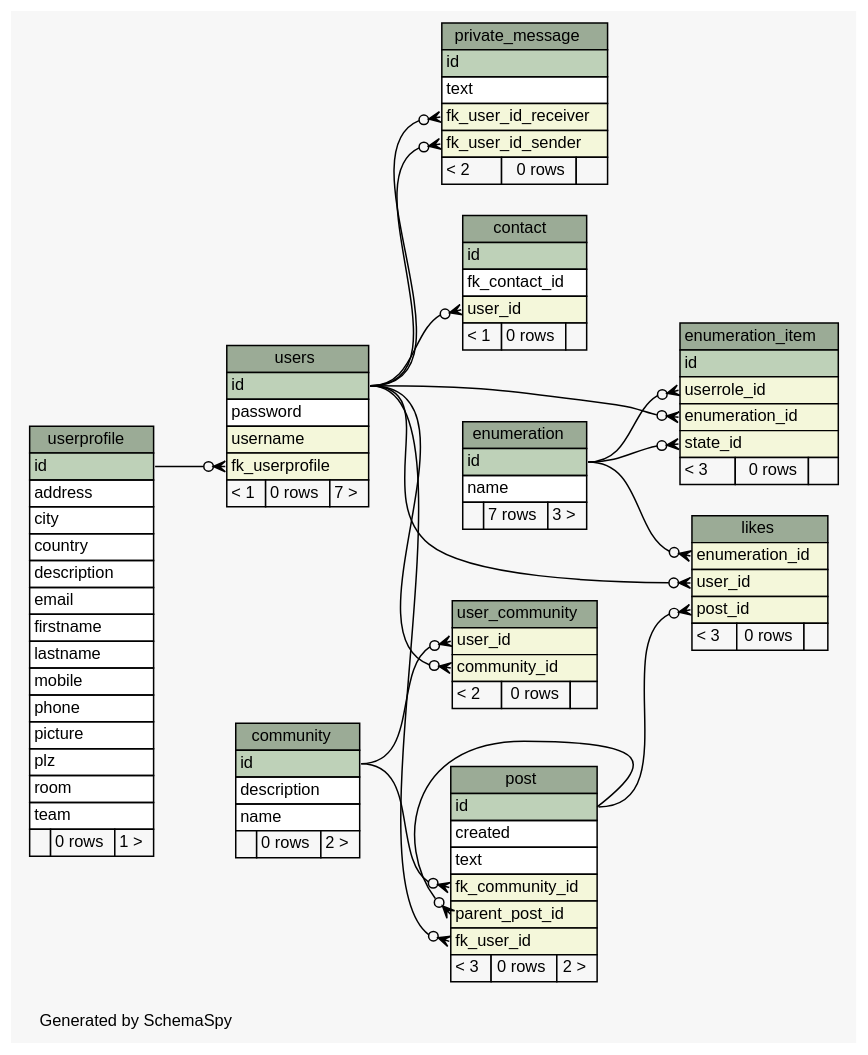
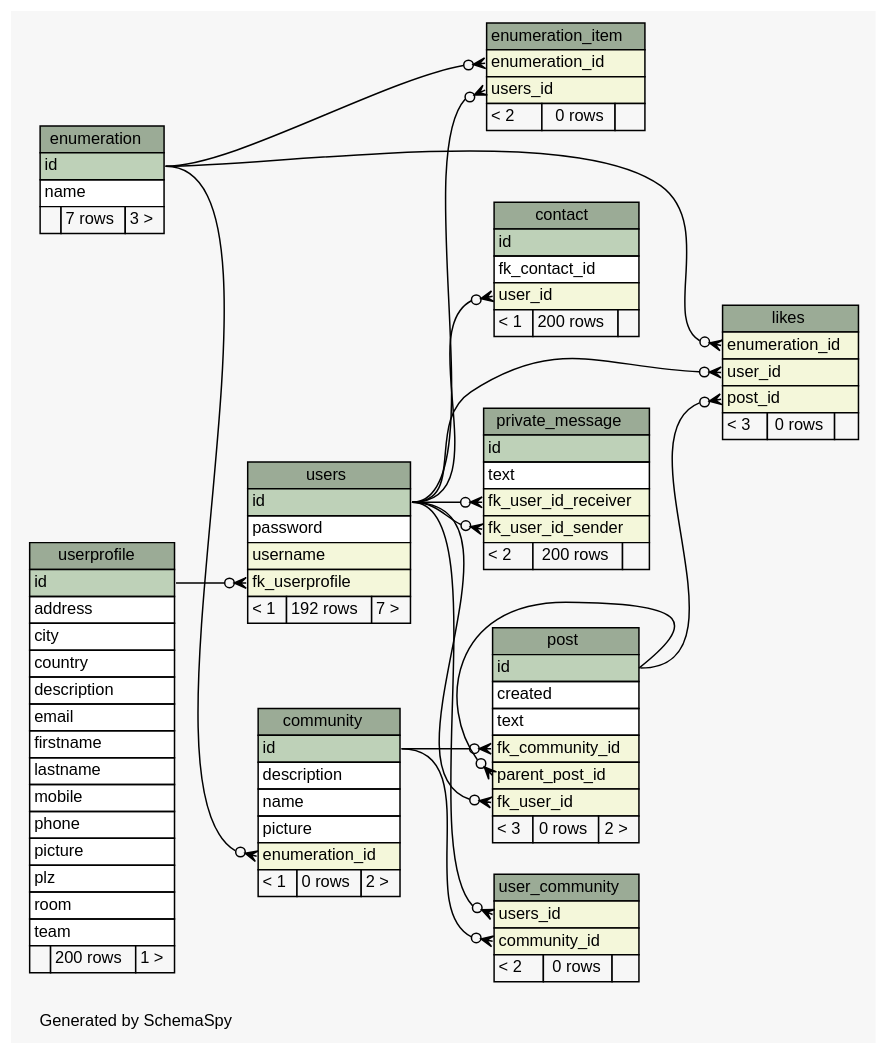
Before and after one commit to chr-krenn/chr-krenn-fhj-ws2017-sd17-pse: the diagram in doc/db_schema/diagrams/summary/relationships.real.large.dot, drawn with Graphviz. The commit also changed 72 other files, not shown here.

```diff
--- a/doc/db_schema/diagrams/summary/relationships.real.large.dot
+++ b/doc/db_schema/diagrams/summary/relationships.real.large.dot
@@ -1,172 +1,172 @@
 // dot 2.40.1 on Linux 4.12.5-300.fc26.x86_64
 // SchemaSpy rev 590
 digraph "largeRelationshipsDiagram" {
   graph [
     rankdir="RL"
     bgcolor="#f7f7f7"
     label="\nGenerated by SchemaSpy"
     labeljust="l"
     nodesep="0.18"
     ranksep="0.46"
     fontname="Helvetica"
     fontsize="11"
   ];
   node [
     fontname="Helvetica"
     fontsize="11"
     shape="plaintext"
   ];
   edge [
     arrowsize="0.8"
   ];
   "community" [
     label=<
     <TABLE BORDER="0" CELLBORDER="1" CELLSPACING="0" BGCOLOR="#ffffff">
       <TR><TD COLSPAN="3" BGCOLOR="#9bab96" ALIGN="CENTER">community</TD></TR>
       <TR><TD PORT="id" COLSPAN="3" BGCOLOR="#bed1b8" ALIGN="LEFT">id</TD></TR>
       <TR><TD PORT="description" COLSPAN="3" ALIGN="LEFT">description</TD></TR>
       <TR><TD PORT="name" COLSPAN="3" ALIGN="LEFT">name</TD></TR>
-      <TR><TD ALIGN="LEFT" BGCOLOR="#f7f7f7">  </TD><TD ALIGN="RIGHT" BGCOLOR="#f7f7f7">0 rows</TD><TD ALIGN="RIGHT" BGCOLOR="#f7f7f7">2 &gt;</TD></TR>
+      <TR><TD PORT="picture" COLSPAN="3" ALIGN="LEFT">picture</TD></TR>
+      <TR><TD PORT="enumeration_id" COLSPAN="3" BGCOLOR="#f4f7da" ALIGN="LEFT">enumeration_id</TD></TR>
+      <TR><TD ALIGN="LEFT" BGCOLOR="#f7f7f7">&lt; 1</TD><TD ALIGN="RIGHT" BGCOLOR="#f7f7f7">0 rows</TD><TD ALIGN="RIGHT" BGCOLOR="#f7f7f7">2 &gt;</TD></TR>
     </TABLE>>
     URL="tables/community.html"
     tooltip="community"
   ];
   "contact" [
     label=<
     <TABLE BORDER="0" CELLBORDER="1" CELLSPACING="0" BGCOLOR="#ffffff">
       <TR><TD COLSPAN="3" BGCOLOR="#9bab96" ALIGN="CENTER">contact</TD></TR>
       <TR><TD PORT="id" COLSPAN="3" BGCOLOR="#bed1b8" ALIGN="LEFT">id</TD></TR>
       <TR><TD PORT="fk_contact_id" COLSPAN="3" ALIGN="LEFT">fk_contact_id</TD></TR>
       <TR><TD PORT="user_id" COLSPAN="3" BGCOLOR="#f4f7da" ALIGN="LEFT">user_id</TD></TR>
-      <TR><TD ALIGN="LEFT" BGCOLOR="#f7f7f7">&lt; 1</TD><TD ALIGN="RIGHT" BGCOLOR="#f7f7f7">0 rows</TD><TD ALIGN="RIGHT" BGCOLOR="#f7f7f7">  </TD></TR>
+      <TR><TD ALIGN="LEFT" BGCOLOR="#f7f7f7">&lt; 1</TD><TD ALIGN="RIGHT" BGCOLOR="#f7f7f7">200 rows</TD><TD ALIGN="RIGHT" BGCOLOR="#f7f7f7">  </TD></TR>
     </TABLE>>
     URL="tables/contact.html"
     tooltip="contact"
   ];
   "enumeration" [
     label=<
     <TABLE BORDER="0" CELLBORDER="1" CELLSPACING="0" BGCOLOR="#ffffff">
       <TR><TD COLSPAN="3" BGCOLOR="#9bab96" ALIGN="CENTER">enumeration</TD></TR>
       <TR><TD PORT="id" COLSPAN="3" BGCOLOR="#bed1b8" ALIGN="LEFT">id</TD></TR>
       <TR><TD PORT="name" COLSPAN="3" ALIGN="LEFT">name</TD></TR>
       <TR><TD ALIGN="LEFT" BGCOLOR="#f7f7f7">  </TD><TD ALIGN="RIGHT" BGCOLOR="#f7f7f7">7 rows</TD><TD ALIGN="RIGHT" BGCOLOR="#f7f7f7">3 &gt;</TD></TR>
     </TABLE>>
     URL="tables/enumeration.html"
     tooltip="enumeration"
   ];
   "enumeration_item" [
     label=<
     <TABLE BORDER="0" CELLBORDER="1" CELLSPACING="0" BGCOLOR="#ffffff">
       <TR><TD COLSPAN="3" BGCOLOR="#9bab96" ALIGN="CENTER">enumeration_item</TD></TR>
-      <TR><TD PORT="id" COLSPAN="3" BGCOLOR="#bed1b8" ALIGN="LEFT">id</TD></TR>
-      <TR><TD PORT="userrole_id" COLSPAN="3" BGCOLOR="#f4f7da" ALIGN="LEFT">userrole_id</TD></TR>
       <TR><TD PORT="enumeration_id" COLSPAN="3" BGCOLOR="#f4f7da" ALIGN="LEFT">enumeration_id</TD></TR>
-      <TR><TD PORT="state_id" COLSPAN="3" BGCOLOR="#f4f7da" ALIGN="LEFT">state_id</TD></TR>
-      <TR><TD ALIGN="LEFT" BGCOLOR="#f7f7f7">&lt; 3</TD><TD ALIGN="RIGHT" BGCOLOR="#f7f7f7">0 rows</TD><TD ALIGN="RIGHT" BGCOLOR="#f7f7f7">  </TD></TR>
+      <TR><TD PORT="users_id" COLSPAN="3" BGCOLOR="#f4f7da" ALIGN="LEFT">users_id</TD></TR>
+      <TR><TD ALIGN="LEFT" BGCOLOR="#f7f7f7">&lt; 2</TD><TD ALIGN="RIGHT" BGCOLOR="#f7f7f7">0 rows</TD><TD ALIGN="RIGHT" BGCOLOR="#f7f7f7">  </TD></TR>
     </TABLE>>
     URL="tables/enumeration_item.html"
     tooltip="enumeration_item"
   ];
   "likes" [
     label=<
     <TABLE BORDER="0" CELLBORDER="1" CELLSPACING="0" BGCOLOR="#ffffff">
       <TR><TD COLSPAN="3" BGCOLOR="#9bab96" ALIGN="CENTER">likes</TD></TR>
       <TR><TD PORT="enumeration_id" COLSPAN="3" BGCOLOR="#f4f7da" ALIGN="LEFT">enumeration_id</TD></TR>
       <TR><TD PORT="user_id" COLSPAN="3" BGCOLOR="#f4f7da" ALIGN="LEFT">user_id</TD></TR>
       <TR><TD PORT="post_id" COLSPAN="3" BGCOLOR="#f4f7da" ALIGN="LEFT">post_id</TD></TR>
       <TR><TD ALIGN="LEFT" BGCOLOR="#f7f7f7">&lt; 3</TD><TD ALIGN="RIGHT" BGCOLOR="#f7f7f7">0 rows</TD><TD ALIGN="RIGHT" BGCOLOR="#f7f7f7">  </TD></TR>
     </TABLE>>
     URL="tables/likes.html"
     tooltip="likes"
   ];
   "post" [
     label=<
     <TABLE BORDER="0" CELLBORDER="1" CELLSPACING="0" BGCOLOR="#ffffff">
       <TR><TD COLSPAN="3" BGCOLOR="#9bab96" ALIGN="CENTER">post</TD></TR>
       <TR><TD PORT="id" COLSPAN="3" BGCOLOR="#bed1b8" ALIGN="LEFT">id</TD></TR>
       <TR><TD PORT="created" COLSPAN="3" ALIGN="LEFT">created</TD></TR>
       <TR><TD PORT="text" COLSPAN="3" ALIGN="LEFT">text</TD></TR>
       <TR><TD PORT="fk_community_id" COLSPAN="3" BGCOLOR="#f4f7da" ALIGN="LEFT">fk_community_id</TD></TR>
       <TR><TD PORT="parent_post_id" COLSPAN="3" BGCOLOR="#f4f7da" ALIGN="LEFT">parent_post_id</TD></TR>
       <TR><TD PORT="fk_user_id" COLSPAN="3" BGCOLOR="#f4f7da" ALIGN="LEFT">fk_user_id</TD></TR>
       <TR><TD ALIGN="LEFT" BGCOLOR="#f7f7f7">&lt; 3</TD><TD ALIGN="RIGHT" BGCOLOR="#f7f7f7">0 rows</TD><TD ALIGN="RIGHT" BGCOLOR="#f7f7f7">2 &gt;</TD></TR>
     </TABLE>>
     URL="tables/post.html"
     tooltip="post"
   ];
   "private_message" [
     label=<
     <TABLE BORDER="0" CELLBORDER="1" CELLSPACING="0" BGCOLOR="#ffffff">
       <TR><TD COLSPAN="3" BGCOLOR="#9bab96" ALIGN="CENTER">private_message</TD></TR>
       <TR><TD PORT="id" COLSPAN="3" BGCOLOR="#bed1b8" ALIGN="LEFT">id</TD></TR>
       <TR><TD PORT="text" COLSPAN="3" ALIGN="LEFT">text</TD></TR>
       <TR><TD PORT="fk_user_id_receiver" COLSPAN="3" BGCOLOR="#f4f7da" ALIGN="LEFT">fk_user_id_receiver</TD></TR>
       <TR><TD PORT="fk_user_id_sender" COLSPAN="3" BGCOLOR="#f4f7da" ALIGN="LEFT">fk_user_id_sender</TD></TR>
-      <TR><TD ALIGN="LEFT" BGCOLOR="#f7f7f7">&lt; 2</TD><TD ALIGN="RIGHT" BGCOLOR="#f7f7f7">0 rows</TD><TD ALIGN="RIGHT" BGCOLOR="#f7f7f7">  </TD></TR>
+      <TR><TD ALIGN="LEFT" BGCOLOR="#f7f7f7">&lt; 2</TD><TD ALIGN="RIGHT" BGCOLOR="#f7f7f7">200 rows</TD><TD ALIGN="RIGHT" BGCOLOR="#f7f7f7">  </TD></TR>
     </TABLE>>
     URL="tables/private_message.html"
     tooltip="private_message"
   ];
   "user_community" [
     label=<
     <TABLE BORDER="0" CELLBORDER="1" CELLSPACING="0" BGCOLOR="#ffffff">
       <TR><TD COLSPAN="3" BGCOLOR="#9bab96" ALIGN="CENTER">user_community</TD></TR>
-      <TR><TD PORT="user_id" COLSPAN="3" BGCOLOR="#f4f7da" ALIGN="LEFT">user_id</TD></TR>
+      <TR><TD PORT="users_id" COLSPAN="3" BGCOLOR="#f4f7da" ALIGN="LEFT">users_id</TD></TR>
       <TR><TD PORT="community_id" COLSPAN="3" BGCOLOR="#f4f7da" ALIGN="LEFT">community_id</TD></TR>
       <TR><TD ALIGN="LEFT" BGCOLOR="#f7f7f7">&lt; 2</TD><TD ALIGN="RIGHT" BGCOLOR="#f7f7f7">0 rows</TD><TD ALIGN="RIGHT" BGCOLOR="#f7f7f7">  </TD></TR>
     </TABLE>>
     URL="tables/user_community.html"
     tooltip="user_community"
   ];
   "userprofile" [
     label=<
     <TABLE BORDER="0" CELLBORDER="1" CELLSPACING="0" BGCOLOR="#ffffff">
       <TR><TD COLSPAN="3" BGCOLOR="#9bab96" ALIGN="CENTER">userprofile</TD></TR>
       <TR><TD PORT="id" COLSPAN="3" BGCOLOR="#bed1b8" ALIGN="LEFT">id</TD></TR>
       <TR><TD PORT="address" COLSPAN="3" ALIGN="LEFT">address</TD></TR>
       <TR><TD PORT="city" COLSPAN="3" ALIGN="LEFT">city</TD></TR>
       <TR><TD PORT="country" COLSPAN="3" ALIGN="LEFT">country</TD></TR>
       <TR><TD PORT="description" COLSPAN="3" ALIGN="LEFT">description</TD></TR>
       <TR><TD PORT="email" COLSPAN="3" ALIGN="LEFT">email</TD></TR>
       <TR><TD PORT="firstname" COLSPAN="3" ALIGN="LEFT">firstname</TD></TR>
       <TR><TD PORT="lastname" COLSPAN="3" ALIGN="LEFT">lastname</TD></TR>
       <TR><TD PORT="mobile" COLSPAN="3" ALIGN="LEFT">mobile</TD></TR>
       <TR><TD PORT="phone" COLSPAN="3" ALIGN="LEFT">phone</TD></TR>
       <TR><TD PORT="picture" COLSPAN="3" ALIGN="LEFT">picture</TD></TR>
       <TR><TD PORT="plz" COLSPAN="3" ALIGN="LEFT">plz</TD></TR>
       <TR><TD PORT="room" COLSPAN="3" ALIGN="LEFT">room</TD></TR>
       <TR><TD PORT="team" COLSPAN="3" ALIGN="LEFT">team</TD></TR>
-      <TR><TD ALIGN="LEFT" BGCOLOR="#f7f7f7">  </TD><TD ALIGN="RIGHT" BGCOLOR="#f7f7f7">0 rows</TD><TD ALIGN="RIGHT" BGCOLOR="#f7f7f7">1 &gt;</TD></TR>
+      <TR><TD ALIGN="LEFT" BGCOLOR="#f7f7f7">  </TD><TD ALIGN="RIGHT" BGCOLOR="#f7f7f7">200 rows</TD><TD ALIGN="RIGHT" BGCOLOR="#f7f7f7">1 &gt;</TD></TR>
     </TABLE>>
     URL="tables/userprofile.html"
     tooltip="userprofile"
   ];
   "users" [
     label=<
     <TABLE BORDER="0" CELLBORDER="1" CELLSPACING="0" BGCOLOR="#ffffff">
       <TR><TD COLSPAN="3" BGCOLOR="#9bab96" ALIGN="CENTER">users</TD></TR>
       <TR><TD PORT="id" COLSPAN="3" BGCOLOR="#bed1b8" ALIGN="LEFT">id</TD></TR>
       <TR><TD PORT="password" COLSPAN="3" ALIGN="LEFT">password</TD></TR>
       <TR><TD PORT="username" COLSPAN="3" BGCOLOR="#f4f7da" ALIGN="LEFT">username</TD></TR>
       <TR><TD PORT="fk_userprofile" COLSPAN="3" BGCOLOR="#f4f7da" ALIGN="LEFT">fk_userprofile</TD></TR>
-      <TR><TD ALIGN="LEFT" BGCOLOR="#f7f7f7">&lt; 1</TD><TD ALIGN="RIGHT" BGCOLOR="#f7f7f7">0 rows</TD><TD ALIGN="RIGHT" BGCOLOR="#f7f7f7">7 &gt;</TD></TR>
+      <TR><TD ALIGN="LEFT" BGCOLOR="#f7f7f7">&lt; 1</TD><TD ALIGN="RIGHT" BGCOLOR="#f7f7f7">192 rows</TD><TD ALIGN="RIGHT" BGCOLOR="#f7f7f7">7 &gt;</TD></TR>
     </TABLE>>
     URL="tables/users.html"
     tooltip="users"
   ];
+  "community":"enumeration_id":w -> "enumeration":"id":e [arrowhead=none dir=back arrowtail=crowodot];
   "contact":"user_id":w -> "users":"id":e [arrowhead=none dir=back arrowtail=crowodot];
-  "enumeration_item":"enumeration_id":w -> "users":"id":e [arrowhead=none dir=back arrowtail=crowodot];
-  "enumeration_item":"state_id":w -> "enumeration":"id":e [arrowhead=none dir=back arrowtail=crowodot];
-  "enumeration_item":"userrole_id":w -> "enumeration":"id":e [arrowhead=none dir=back arrowtail=crowodot];
+  "enumeration_item":"enumeration_id":w -> "enumeration":"id":e [arrowhead=none dir=back arrowtail=crowodot];
+  "enumeration_item":"users_id":w -> "users":"id":e [arrowhead=none dir=back arrowtail=crowodot];
   "likes":"enumeration_id":w -> "enumeration":"id":e [arrowhead=none dir=back arrowtail=crowodot];
   "likes":"post_id":w -> "post":"id":e [arrowhead=none dir=back arrowtail=crowodot];
   "likes":"user_id":w -> "users":"id":e [arrowhead=none dir=back arrowtail=crowodot];
   "post":"fk_community_id":w -> "community":"id":e [arrowhead=none dir=back arrowtail=crowodot];
   "post":"fk_user_id":w -> "users":"id":e [arrowhead=none dir=back arrowtail=crowodot];
   "post":"parent_post_id":w -> "post":"id":e [arrowhead=none dir=back arrowtail=crowodot];
   "private_message":"fk_user_id_receiver":w -> "users":"id":e [arrowhead=none dir=back arrowtail=crowodot];
   "private_message":"fk_user_id_sender":w -> "users":"id":e [arrowhead=none dir=back arrowtail=crowodot];
-  "user_community":"community_id":w -> "users":"id":e [arrowhead=none dir=back arrowtail=crowodot];
-  "user_community":"user_id":w -> "community":"id":e [arrowhead=none dir=back arrowtail=crowodot];
+  "user_community":"community_id":w -> "community":"id":e [arrowhead=none dir=back arrowtail=crowodot];
+  "user_community":"users_id":w -> "users":"id":e [arrowhead=none dir=back arrowtail=crowodot];
   "users":"fk_userprofile":w -> "userprofile":"id":e [arrowhead=none dir=back arrowtail=crowodot];
 }
```
